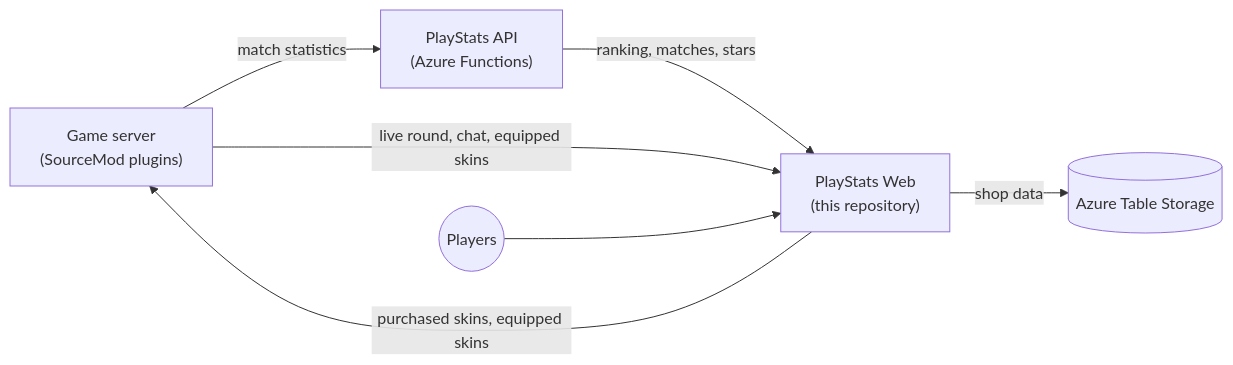
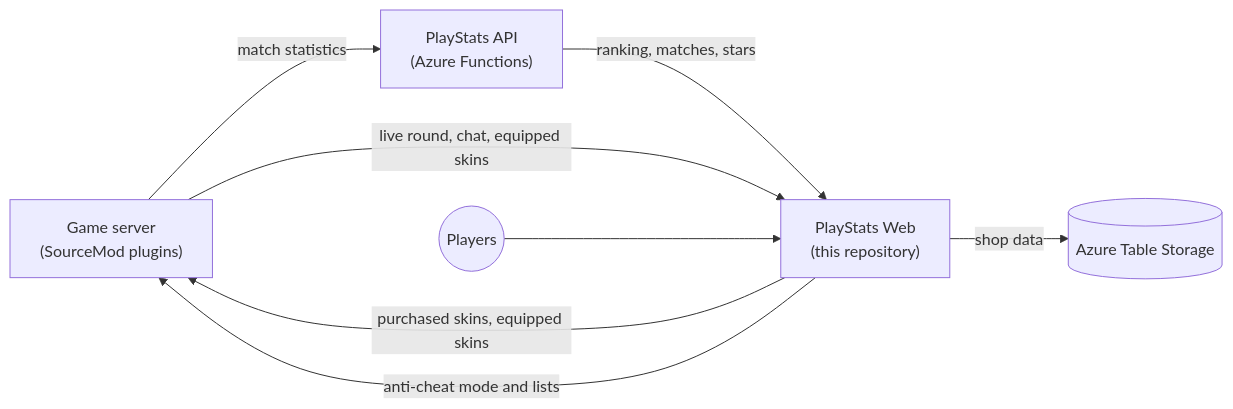
Before and after one commit to altair-sossai/l4d2-playstats-web: the diagram in README.es.md, drawn with Mermaid. The commit also changed other lines of this file and 42 other files, not shown here.

````diff
--- a/README.es.md
+++ b/README.es.md
@@ -61,9 +62,10 @@
 ```mermaid
 flowchart LR
     GS["Game server<br/>(SourceMod plugins)"] -- "match statistics" --> API["PlayStats API<br/>(Azure Functions)"]
     API -- "ranking, matches, stars" --> WEB["PlayStats Web<br/>(this repository)"]
     GS -- "live round, chat, equipped skins" --> WEB
     WEB -- "purchased skins, equipped skins" --> GS
+    WEB -- "anti-cheat mode and lists" --> GS
     WEB -- "shop data" --> TS[("Azure Table Storage")]
     Players(("Players")) --> WEB
 ```
````
